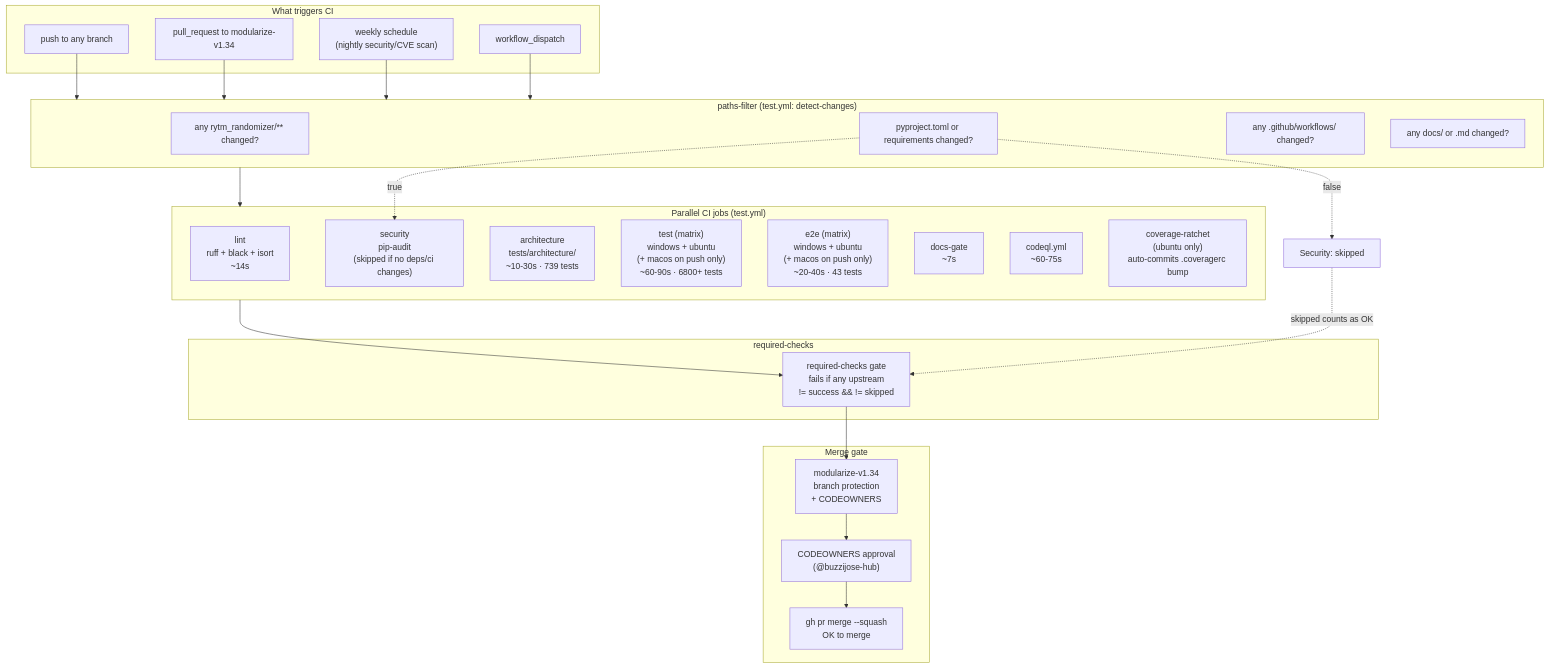
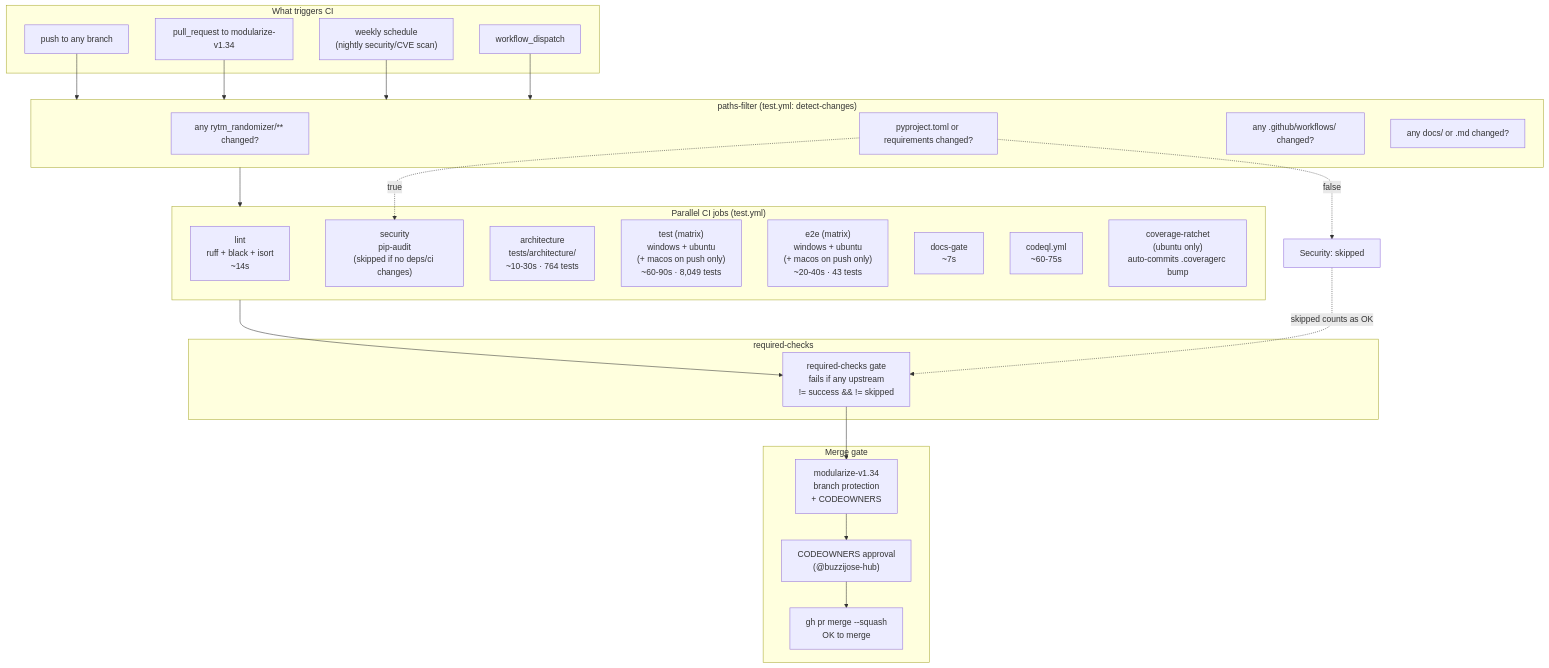
Diagram 11 of 34 in docs/ARCHITECTURE_DIAGRAMS.md (buzzijose-hub/RytmRandomizer), drawn with Mermaid before and after one commit. The commit also changed other lines of this file and 80 other files, not shown here.

````diff
--- a/docs/ARCHITECTURE_DIAGRAMS.md
+++ b/docs/ARCHITECTURE_DIAGRAMS.md
@@ -882,53 +912,53 @@
 ```mermaid
 flowchart TB
     subgraph Trigger["What triggers CI"]
         Push["push to any branch"]
         PR["pull_request to modularize-v1.34"]
         Schedule["weekly schedule<br/>(nightly security/CVE scan)"]
         Manual["workflow_dispatch"]
     end
 
     subgraph PathFilter["paths-filter (test.yml: detect-changes)"]
         DetectCode["any rytm_randomizer/** changed?"]
         DetectDeps["pyproject.toml or requirements changed?"]
         DetectCI["any .github/workflows/ changed?"]
         DetectDocs["any docs/ or .md changed?"]
     end
 
     subgraph Jobs["Parallel CI jobs (test.yml)"]
         Lint["lint<br/>ruff + black + isort<br/>~14s"]
         Security["security<br/>pip-audit<br/>(skipped if no deps/ci changes)"]
-        Architecture["architecture<br/>tests/architecture/<br/>~10-30s · 739 tests"]
-        TestMatrix["test (matrix)<br/>windows + ubuntu<br/>(+ macos on push only)<br/>~60-90s · 6800+ tests"]
+        Architecture["architecture<br/>tests/architecture/<br/>~10-30s · 764 tests"]
+        TestMatrix["test (matrix)<br/>windows + ubuntu<br/>(+ macos on push only)<br/>~60-90s · 8,049 tests"]
         E2EMatrix["e2e (matrix)<br/>windows + ubuntu<br/>(+ macos on push only)<br/>~20-40s · 43 tests"]
         DocsGate["docs-gate<br/>~7s"]
         CodeQL["codeql.yml<br/>~60-75s"]
         CoverageRatchet["coverage-ratchet<br/>(ubuntu only)<br/>auto-commits .coveragerc bump"]
     end
 
     subgraph Aggregator["required-checks"]
         Gate["required-checks gate<br/>fails if any upstream<br/>!= success && != skipped"]
     end
 
     subgraph MergeGate["Merge gate"]
         BranchProtection["modularize-v1.34<br/>branch protection<br/>+ CODEOWNERS"]
         Approval["CODEOWNERS approval<br/>(@buzzijose-hub)"]
         Merge["gh pr merge --squash<br/>OK to merge"]
     end
 
     Push --> PathFilter
     PR --> PathFilter
     Schedule --> PathFilter
     Manual --> PathFilter
 
     PathFilter --> Jobs
 
     Jobs --> Gate
     Gate --> BranchProtection
     BranchProtection --> Approval
     Approval --> Merge
 
     DetectDeps -.->|"true"| Security
     DetectDeps -.->|"false"| Skip1["Security: skipped"]
     Skip1 -.->|"skipped counts as OK"| Gate
 ```
````
